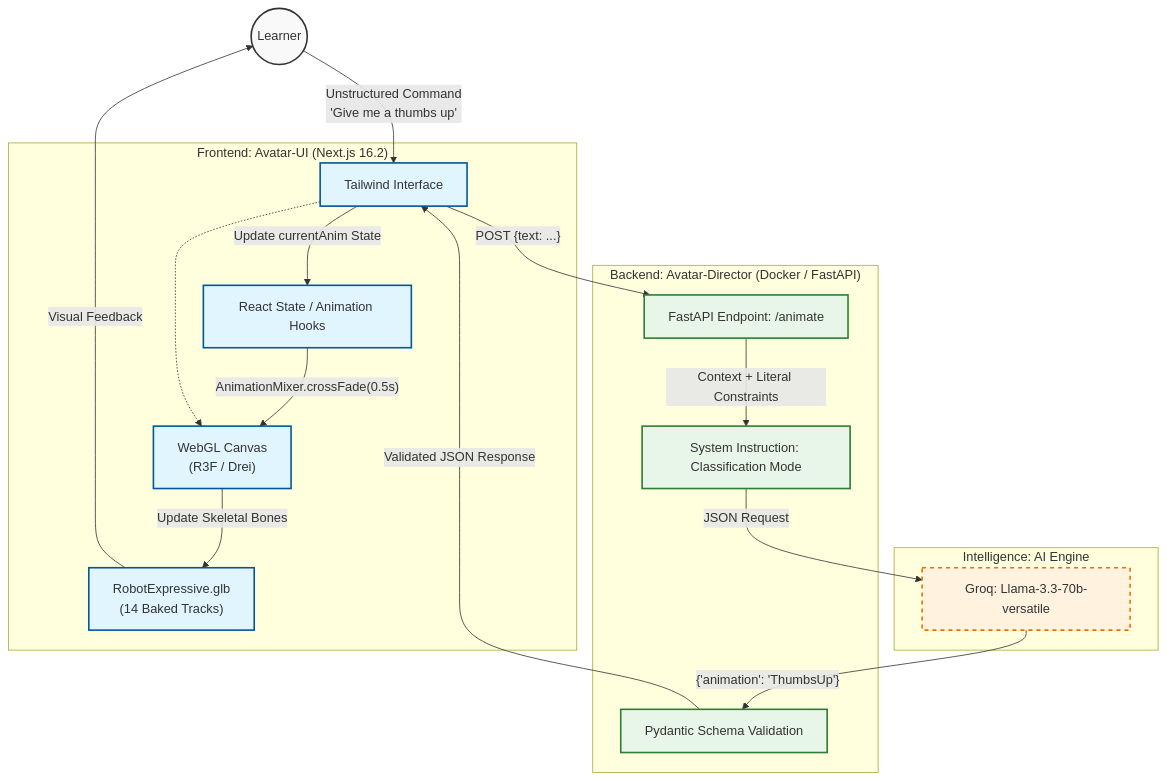
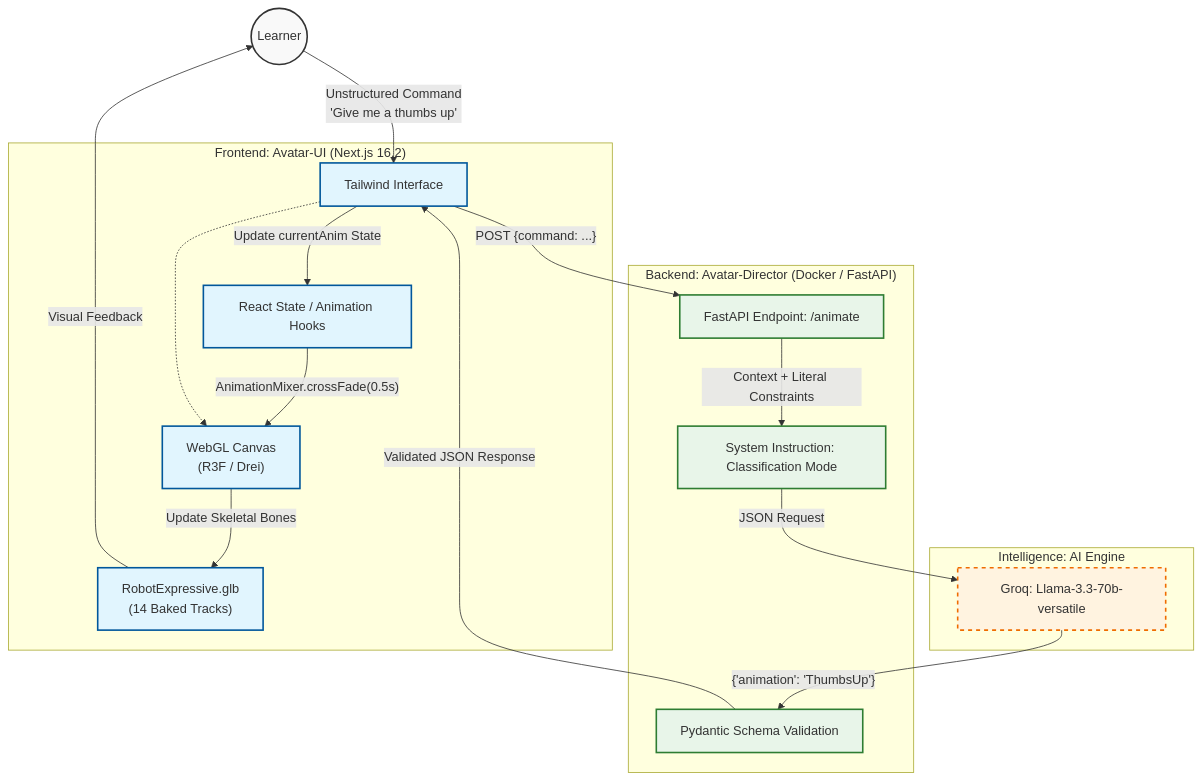
One commit to Murci20965/avatar-pipeline changed the diagram in backend/Architecture.md. Above: the diagram before and after it, drawn with Mermaid. The commit also changed other lines of this file, not shown here.

Commit message:
docs(architecture): the request field and the Docker build as they are
- The flow diagram labelled the request POST {text: ...}; the API model
  (AnimationRequest.command) and the frontend send {command: ...}.
- "Multi-stage Docker build" did not match the Dockerfile: it has one
  stage, installs dependencies only, and runs uvicorn with --reload. The
  section now describes that, and names copying the source in and dropping
  --reload as the step to an immutable image.

````diff
--- a/backend/Architecture.md
+++ b/backend/Architecture.md
@@ -9,45 +9,45 @@
 ```mermaid
 graph TD
     %% Global Styles
     classDef user fill:#f9f9f9,stroke:#333,stroke-width:2px;
     classDef frontend fill:#e1f5fe,stroke:#01579b,stroke-width:2px;
     classDef backend fill:#e8f5e9,stroke:#2e7d32,stroke-width:2px;
     classDef external fill:#fff3e0,stroke:#ef6c00,stroke-width:2px,stroke-dasharray: 5 5;
 
     %% Nodes
     Learner((Learner)):::user
     
     subgraph "Frontend: Avatar-UI (Next.js 16.2)"
         UI["Tailwind Interface"]:::frontend
         Store["React State / Animation Hooks"]:::frontend
         Canvas["WebGL Canvas<br/>(R3F / Drei)"]:::frontend
         Model["RobotExpressive.glb<br/>(14 Baked Tracks)"]:::frontend
     end
 
     subgraph "Backend: Avatar-Director (Docker / FastAPI)"
         API["FastAPI Endpoint: /animate"]:::backend
         Validator["Pydantic Schema Validation"]:::backend
         Prompt["System Instruction: Classification Mode"]:::backend
     end
 
     subgraph "Intelligence: AI Engine"
         Groq["Groq: Llama-3.3-70b-versatile"]:::external
     end
 
     %% Flow Connections
     Learner -->|"Unstructured Command<br/>'Give me a thumbs up'"| UI
-    UI -->|"POST {text: ...}"| API
+    UI -->|"POST {command: ...}"| API
     
     API -->|"Context + Literal Constraints"| Prompt
     Prompt -->|"JSON Request"| Groq
     
     Groq -->|"{'animation': 'ThumbsUp'}"| Validator
     Validator -->|"Validated JSON Response"| UI
     
     UI -->|"Update currentAnim State"| Store
     Store -->|"AnimationMixer.crossFade(0.5s)"| Canvas
     Canvas -->|"Update Skeletal Bones"| Model
     Model -->|"Visual Feedback"| Learner
 
     UI -.-> Canvas
 ```
````
